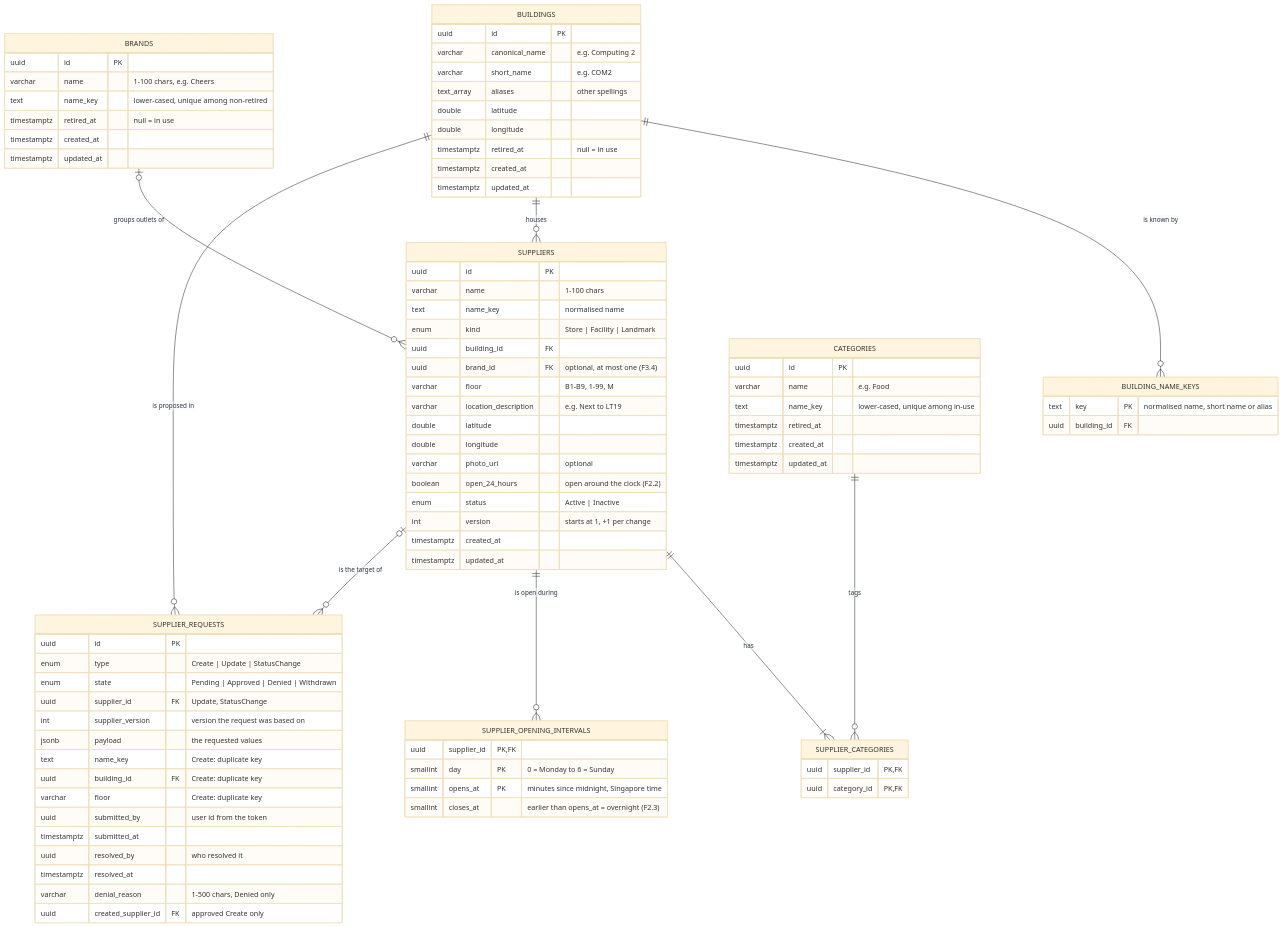
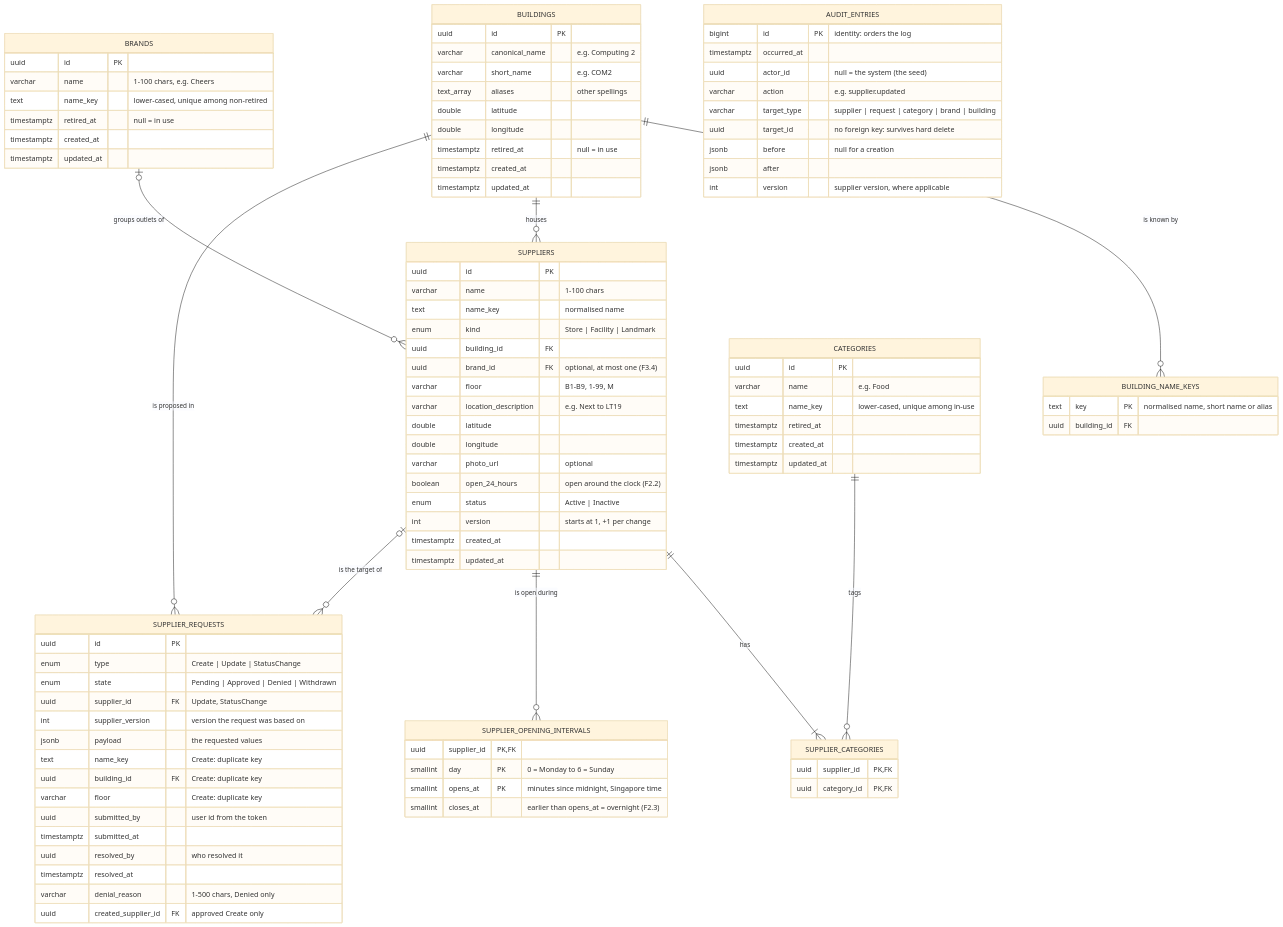
Before and after one commit to AY2627S1-CS3219-P27/FoC: the first of 5 diagrams in supplier-service/README.md, drawn with Mermaid (base theme). The commit also changed other lines of this file and 2 other files, not shown here.

First line of the commit message:
Document the audit log; add Postman folder 9

```diff
--- a/supplier-service/README.md
+++ b/supplier-service/README.md
@@ -148,6 +148,17 @@
         uuid supplier_id PK, FK
         uuid category_id PK, FK
     }
+    AUDIT_ENTRIES {
+        bigint id PK "identity: orders the log"
+        timestamptz occurred_at
+        uuid actor_id "null = the system (the seed)"
+        varchar action "e.g. supplier.updated"
+        varchar target_type "supplier | request | category | brand | building"
+        uuid target_id "no foreign key: survives hard delete"
+        jsonb before "null for a creation"
+        jsonb after
+        int version "supplier version, where applicable"
+    }
     SUPPLIER_OPENING_INTERVALS {
         uuid supplier_id PK, FK
         smallint day PK "0 = Monday to 6 = Sunday"
```
